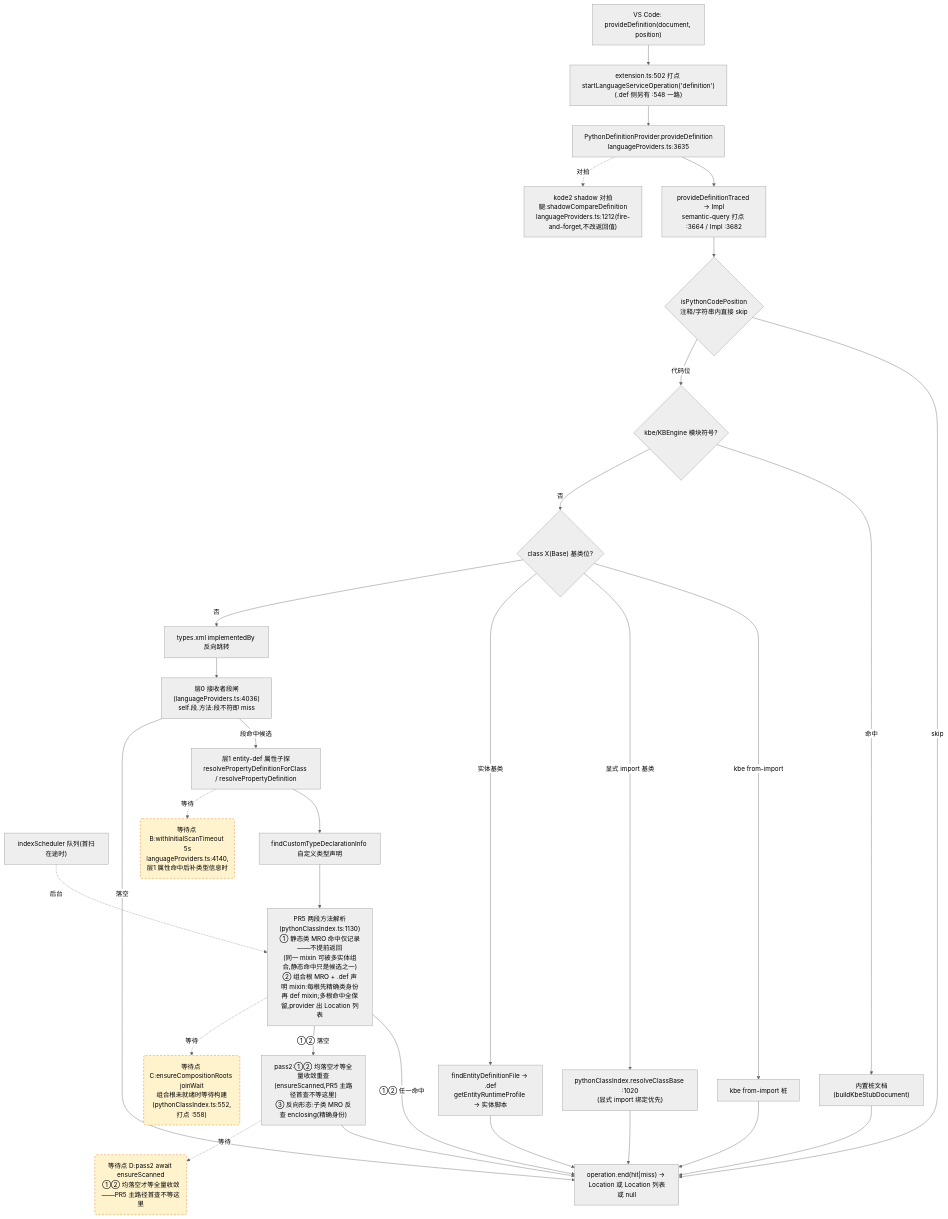
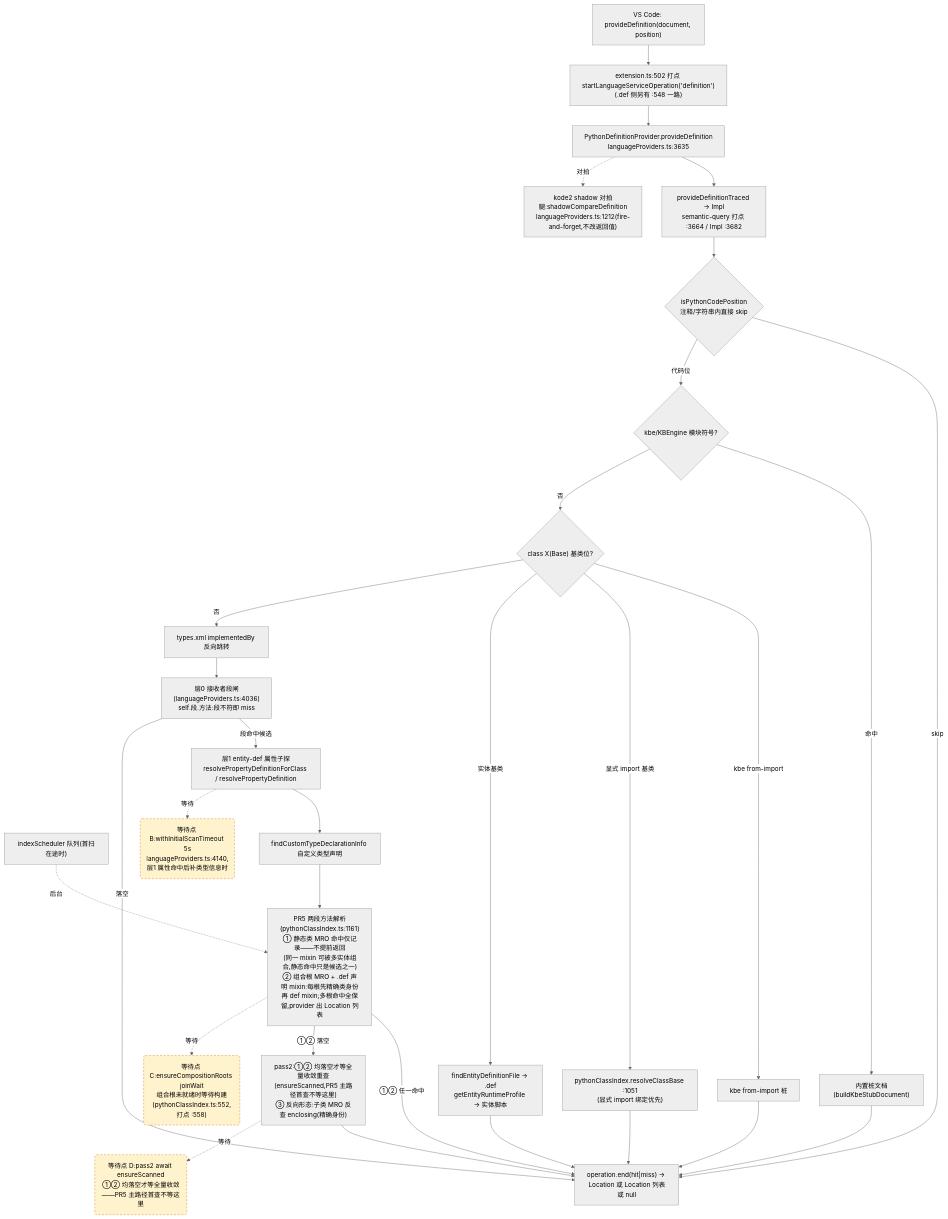
The second of 4 diagrams in docs/perf/2026-baseline.md (cuihairu/kode), drawn with Mermaid (neutral theme) before and after one commit. The commit also changed 3 other files, not shown here.

````diff
--- a/docs/perf/2026-baseline.md
+++ b/docs/perf/2026-baseline.md
@@ -128,51 +128,51 @@
 ```mermaid
 flowchart TD
   VC2["VS Code: provideDefinition(document, position)"]
   M2["extension.ts:502 打点 startLanguageServiceOperation('definition')<br/>(.def 侧另有 :548 一路)"]
   AD2["PythonDefinitionProvider.provideDefinition<br/>languageProviders.ts:3635"]
   TR["provideDefinitionTraced → Impl<br/>semantic-query 打点 :3664 / Impl :3682"]
   CTX{"isPythonCodePosition<br/>注释/字符串内直接 skip"}
   KBE{"kbe/KBEngine 模块符号?"}
   STUB["内置桩文档(buildKbeStubDocument)"]
   CB{"class X(Base) 基类位?"}
   CB1["kbe from-import 桩"]
-  CB2["pythonClassIndex.resolveClassBase :1020<br/>(显式 import 绑定优先)"]
+  CB2["pythonClassIndex.resolveClassBase :1051<br/>(显式 import 绑定优先)"]
   CB3["findEntityDefinitionFile → .def<br/>getEntityRuntimeProfile → 实体脚本"]
   REV["types.xml implementedBy 反向跳转"]
   L0["层0 接收者段闸(languageProviders.ts:4036)<br/>self.段.方法:段不符即 miss"]
   L1["层1 entity-def 属性子探<br/>resolvePropertyDefinitionForClass / resolvePropertyDefinition"]
   SCAN["indexScheduler 队列(首扫在途时)"]
   TY["findCustomTypeDeclarationInfo 自定义类型声明"]
-  MRO["PR5 两段方法解析(pythonClassIndex.ts:1130)<br/>① 静态类 MRO 命中仅记录——不提前返回<br/>(同一 mixin 可被多实体组合,静态命中只是候选之一)<br/>② 组合根 MRO + .def 声明 mixin:每根先精确类身份<br/>再 def mixin;多根命中全保留,provider 出 Location 列表"]
+  MRO["PR5 两段方法解析(pythonClassIndex.ts:1161)<br/>① 静态类 MRO 命中仅记录——不提前返回<br/>(同一 mixin 可被多实体组合,静态命中只是候选之一)<br/>② 组合根 MRO + .def 声明 mixin:每根先精确类身份<br/>再 def mixin;多根命中全保留,provider 出 Location 列表"]
   PASS2["pass2:①② 均落空才等全量收敛重查<br/>(ensureScanned,PR5 主路径首查不等这里)<br/>③ 反向形态:子类 MRO 反查 enclosing(精确身份)"]
   SHD["kode2 shadow 对拍腿:shadowCompareDefinition<br/>languageProviders.ts:1212(fire-and-forget,不改返回值)"]
   END2["operation.end(hit|miss) → Location 或 Location 列表或 null"]
 
   VC2 --> M2 --> AD2 --> TR --> CTX
   CTX -- "skip" --> END2
   CTX -- "代码位" --> KBE
   KBE -- "命中" --> STUB --> END2
   KBE -- "否" --> CB
   CB -- "kbe from-import" --> CB1 --> END2
   CB -- "显式 import 基类" --> CB2 --> END2
   CB -- "实体基类" --> CB3 --> END2
   CB -- "否" --> REV --> L0
   L0 -- "段命中候选" --> L1
   L0 -- "落空" --> END2
   L1 --> TY
   TY --> MRO
   MRO -- "①② 任一命中" --> END2
   MRO -- "①② 落空" --> PASS2 --> END2
   AD2 -.->|对拍| SHD
 
   WAITB("等待点 B:withInitialScanTimeout 5s<br/>languageProviders.ts:4140,层1 属性命中后补类型信息时")
   WAITC("等待点 C:ensureCompositionRoots joinWait<br/>组合根未就绪时等待构建(pythonClassIndex.ts:552,打点 :558)")
   WAITD("等待点 D:pass2 await ensureScanned<br/>①② 均落空才等全量收敛——PR5 主路径首查不等这里")
   L1 -.->|等待| WAITB
   MRO -.->|等待| WAITC
   PASS2 -.->|等待| WAITD
   SCAN -.->|后台| MRO
 
   classDef waitPoint fill:#fff3cd,stroke:#d97706,stroke-dasharray:5 4;
   class WAITB,WAITC,WAITD waitPoint;
 ```
````
